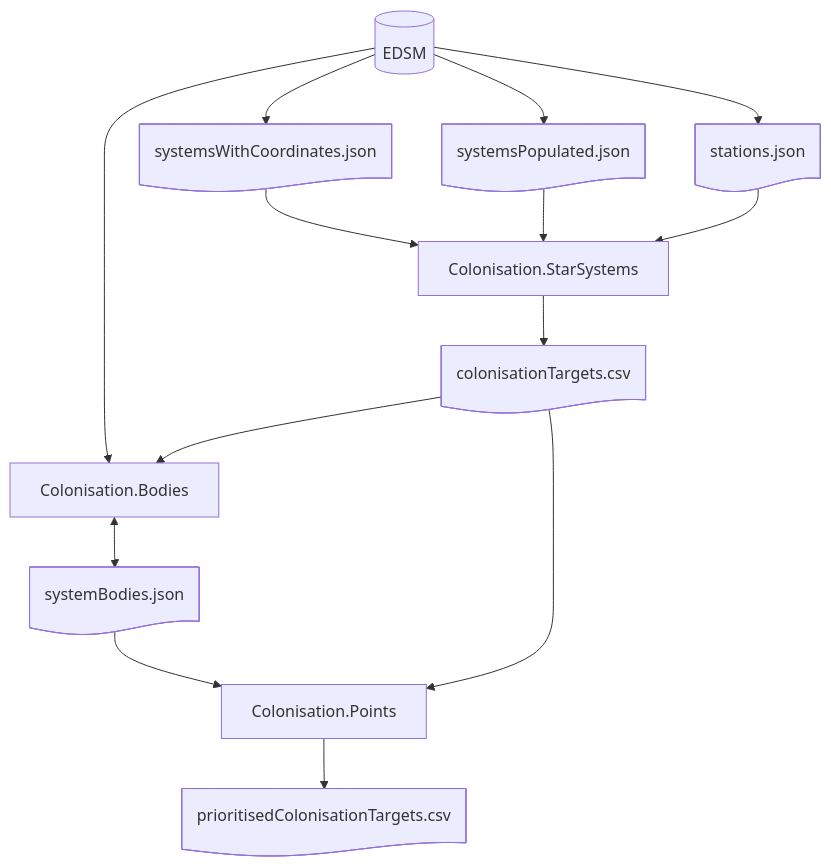
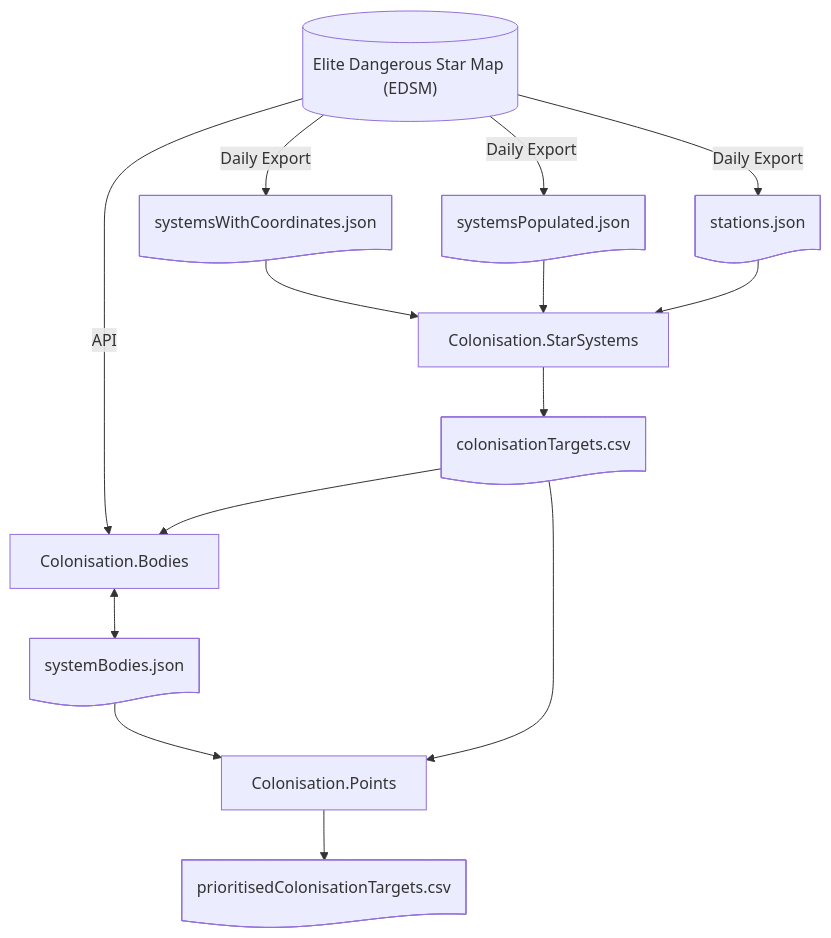
The diagram in README.md (anthonylangsworth/Colonisation), drawn with Mermaid before and after one commit.

Commit message:
Label EDSM flows

````diff
--- a/README.md
+++ b/README.md
@@ -16,16 +16,16 @@
 ```mermaid
 flowchart TB
   swc@{ shape: doc, label: "systemsWithCoordinates.json"} --> cs["Colonisation.StarSystems"]
   sp@{ shape: doc, label: "systemsPopulated.json"} --> cs
   st@{ shape: doc, label: "stations.json"} --> cs
-  edsm@{ shape: cyl, label: "EDSM"} --> cb["Colonisation.Bodies"]
-  edsm --> swc
-  edsm --> sp
-  edsm --> st
+  edsm@{ shape: cyl, label: "Elite Dangerous Star Map (EDSM)"} -->|API| cb["Colonisation.Bodies"] 
+  edsm -->|Daily Export| swc
+  edsm -->|Daily Export| sp
+  edsm -->|Daily Export| st
   cs --> ct@{ shape: doc, label: "colonisationTargets.csv"}
   cb <--> sb@{ shape: doc, label: "systemBodies.json"}
   ct --> cb
   ct --> cp["Colonisation.Points"]
   sb --> cp
   cp --> pct@{ shape: doc, label: "prioritisedColonisationTargets.csv"}
 ```
````
